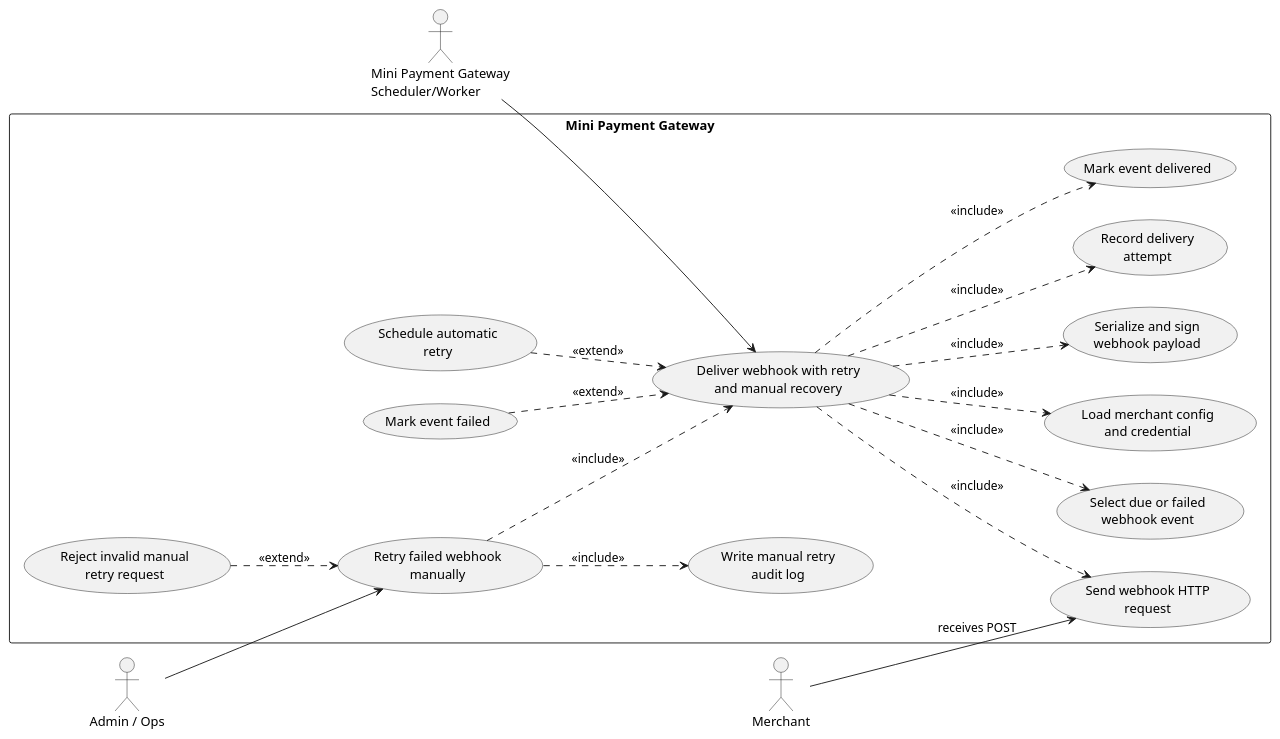
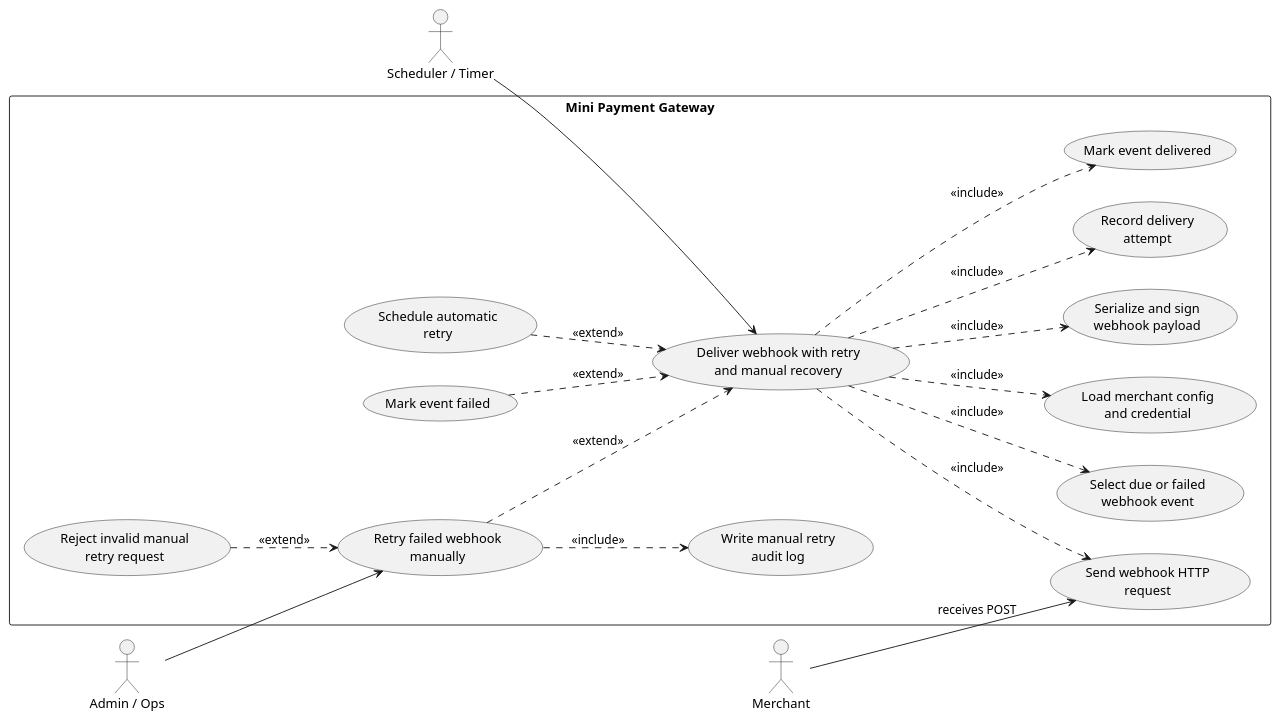
Before and after one commit to biabeogo147/mini-payment-gateway: the sixth of 6 diagrams in docs/product/use-cases.md, drawn with PlantUML. The commit also changed other lines of this file and 1 other file, not shown here.

Commit message:
update uc diagram

````diff
--- a/docs/product/use-cases.md
+++ b/docs/product/use-cases.md
@@ -688,43 +665,43 @@
 ```plantuml
 @startuml uc005_deliver_webhook_with_retry
 left to right direction
 skinparam packageStyle rectangle
 
-actor "Mini Payment Gateway\nScheduler/Worker" as Worker
+actor "Scheduler / Timer" as Scheduler
 actor "Merchant" as Merchant
 actor "Admin / Ops" as Admin
 
 rectangle "Mini Payment Gateway" {
   usecase "Deliver webhook with retry\nand manual recovery" as UC005
   usecase "Select due or failed\nwebhook event" as UC_SelectEvent
   usecase "Load merchant config\nand credential" as UC_LoadConfig
   usecase "Serialize and sign\nwebhook payload" as UC_SignPayload
   usecase "Send webhook HTTP\nrequest" as UC_SendWebhook
   usecase "Record delivery\nattempt" as UC_RecordAttempt
   usecase "Mark event delivered" as UC_MarkDelivered
   usecase "Schedule automatic\nretry" as UC_ScheduleRetry
   usecase "Mark event failed" as UC_MarkFailed
   usecase "Retry failed webhook\nmanually" as UC_ManualRetry
   usecase "Reject invalid manual\nretry request" as UC_RejectManualRetry
   usecase "Write manual retry\naudit log" as UC_WriteAudit
 }
 
-Worker --> UC005
+Scheduler --> UC005
 Admin --> UC_ManualRetry
 Merchant --> UC_SendWebhook : receives POST
 
 UC005 ..> UC_SelectEvent : <<include>>
 UC005 ..> UC_LoadConfig : <<include>>
 UC005 ..> UC_SignPayload : <<include>>
 UC005 ..> UC_SendWebhook : <<include>>
 UC005 ..> UC_RecordAttempt : <<include>>
 UC005 ..> UC_MarkDelivered : <<include>>
 
-UC_ManualRetry ..> UC005 : <<include>>
+UC_ManualRetry ..> UC005 : <<extend>>
 UC_ManualRetry ..> UC_WriteAudit : <<include>>
 
 UC_ScheduleRetry ..> UC005 : <<extend>>
 UC_MarkFailed ..> UC005 : <<extend>>
 UC_RejectManualRetry ..> UC_ManualRetry : <<extend>>
 @enduml
 ```
````
